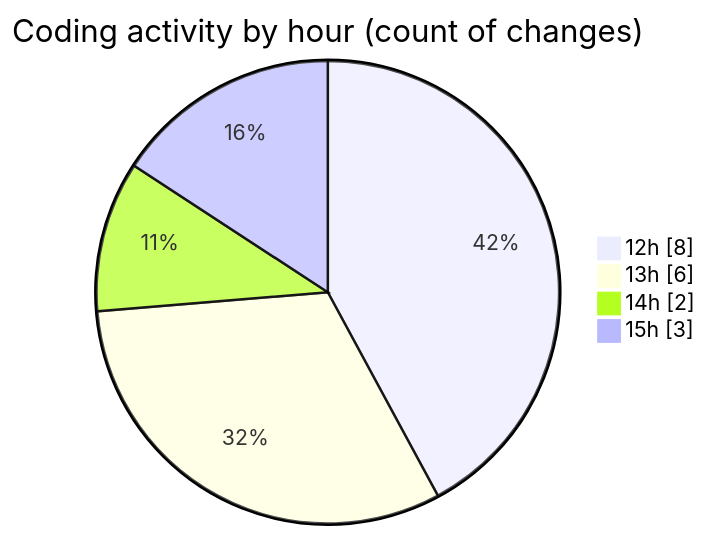
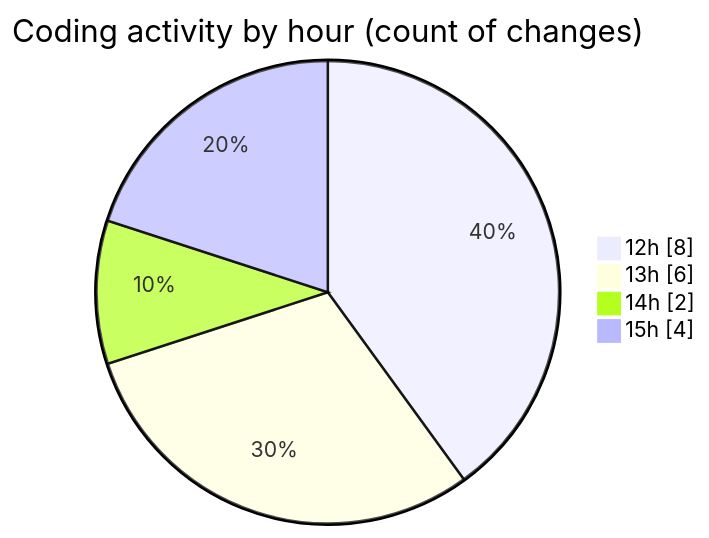
Before and after one commit to nxtqubesakshisongat/code-tracking: the second of 2 diagrams in 2026-02-05/nxtqube_webapp/README.md, drawn with Mermaid. The commit also changed other lines of this file and 1 other file, not shown here.

````diff
--- a/2026-02-05/nxtqube_webapp/README.md
+++ b/2026-02-05/nxtqube_webapp/README.md
@@ -34,8 +34,8 @@
 ```mermaid
 pie showData
 title Coding activity by hour (count of changes)
 "12h" : 8
 "13h" : 6
 "14h" : 2
-"15h" : 3
+"15h" : 4
 ```
````
